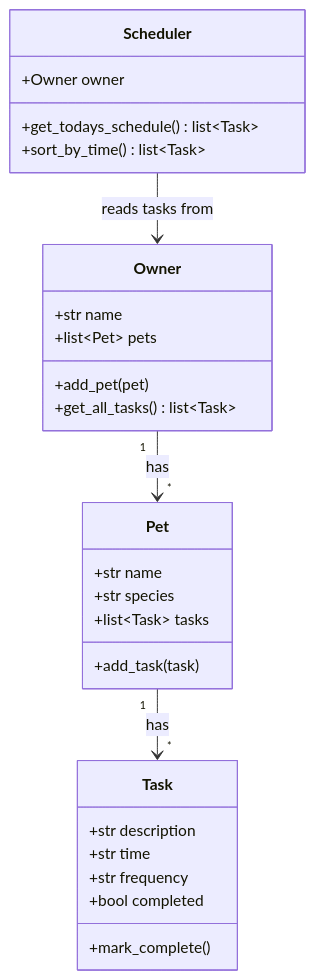
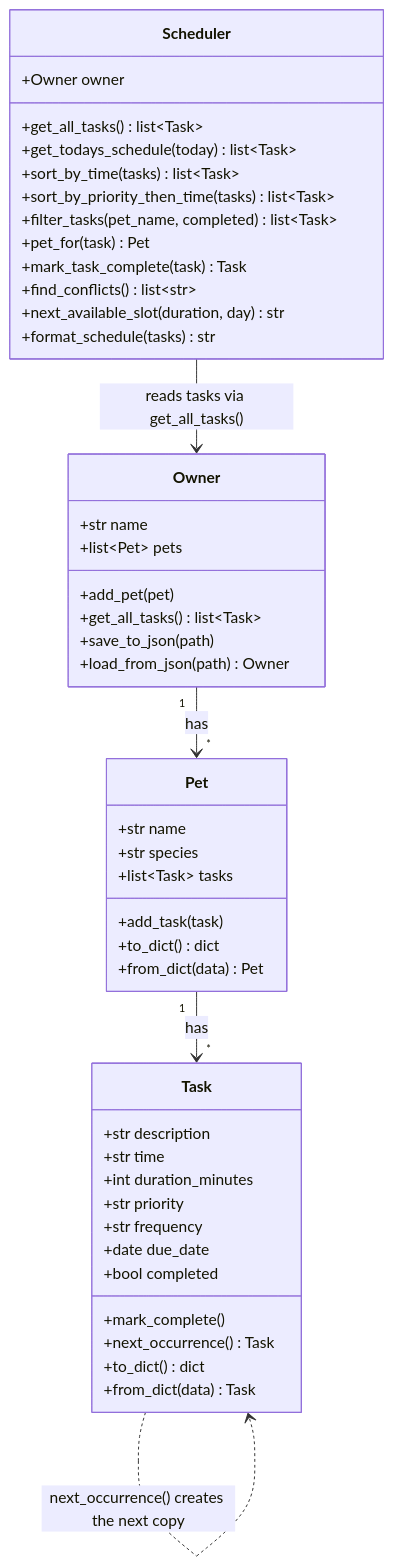
Before and after one commit to Rsunga11/AppliedAIRAGSystemProject: the diagram in diagrams/uml.mmd, drawn with Mermaid. The commit also changed 1 other file, not shown here.

Commit message:
docs: add final UML diagram matching the implementation

```diff
--- a/diagrams/uml.mmd
+++ b/diagrams/uml.mmd
@@ -1,32 +1,51 @@
 classDiagram
-    class Owner {
-        +str name
-        +list~Pet~ pets
-        +add_pet(pet)
-        +get_all_tasks() list~Task~
+    class Task {
+        +str description
+        +str time
+        +int duration_minutes
+        +str priority
+        +str frequency
+        +date due_date
+        +bool completed
+        +mark_complete()
+        +next_occurrence() Task
+        +to_dict() dict
+        +from_dict(data) Task
     }
 
     class Pet {
         +str name
         +str species
         +list~Task~ tasks
         +add_task(task)
+        +to_dict() dict
+        +from_dict(data) Pet
     }
 
-    class Task {
-        +str description
-        +str time
-        +str frequency
-        +bool completed
-        +mark_complete()
+    class Owner {
+        +str name
+        +list~Pet~ pets
+        +add_pet(pet)
+        +get_all_tasks() list~Task~
+        +save_to_json(path)
+        +load_from_json(path) Owner
     }
 
     class Scheduler {
         +Owner owner
-        +get_todays_schedule() list~Task~
-        +sort_by_time() list~Task~
+        +get_all_tasks() list~Task~
+        +get_todays_schedule(today) list~Task~
+        +sort_by_time(tasks) list~Task~
+        +sort_by_priority_then_time(tasks) list~Task~
+        +filter_tasks(pet_name, completed) list~Task~
+        +pet_for(task) Pet
+        +mark_task_complete(task) Task
+        +find_conflicts() list~str~
+        +next_available_slot(duration, day) str
+        +format_schedule(tasks) str
     }
 
     Owner "1" --> "*" Pet : has
     Pet "1" --> "*" Task : has
-    Scheduler --> Owner : reads tasks from
+    Scheduler --> Owner : reads tasks via get_all_tasks()
+    Task ..> Task : next_occurrence() creates the next copy
```
